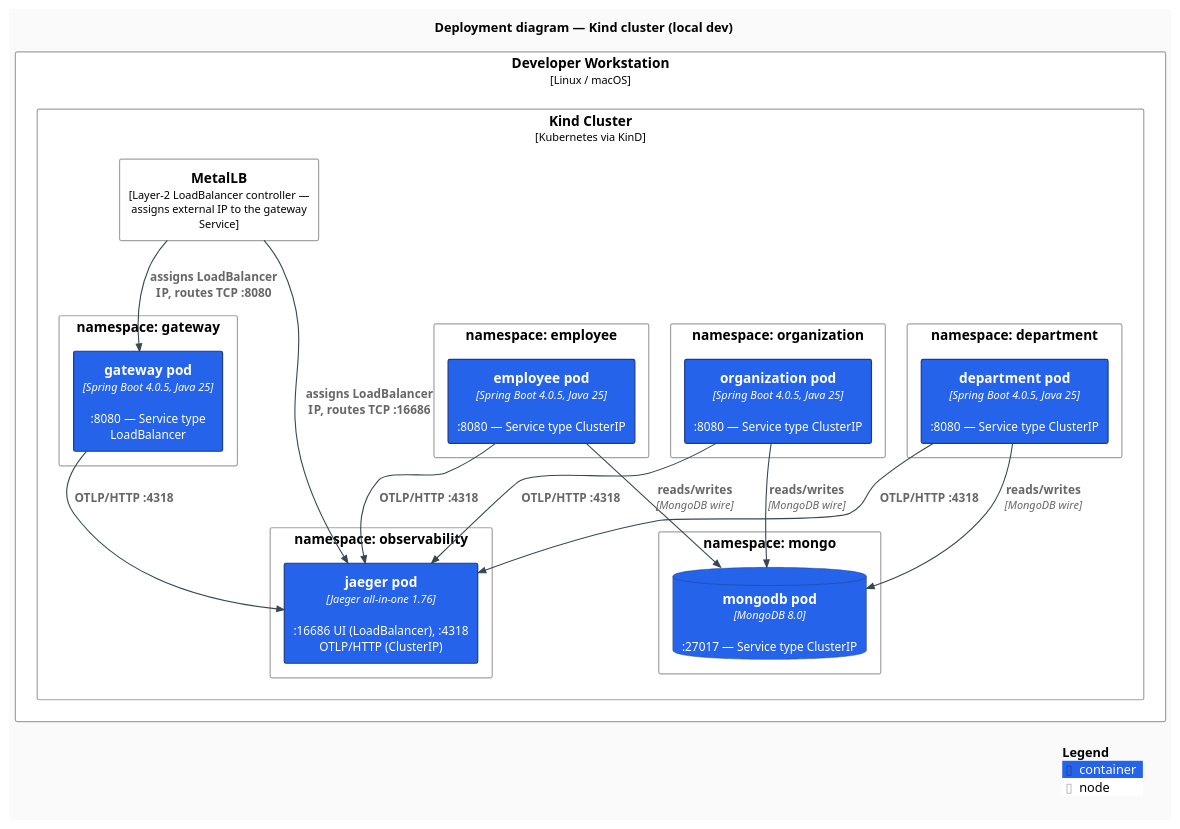
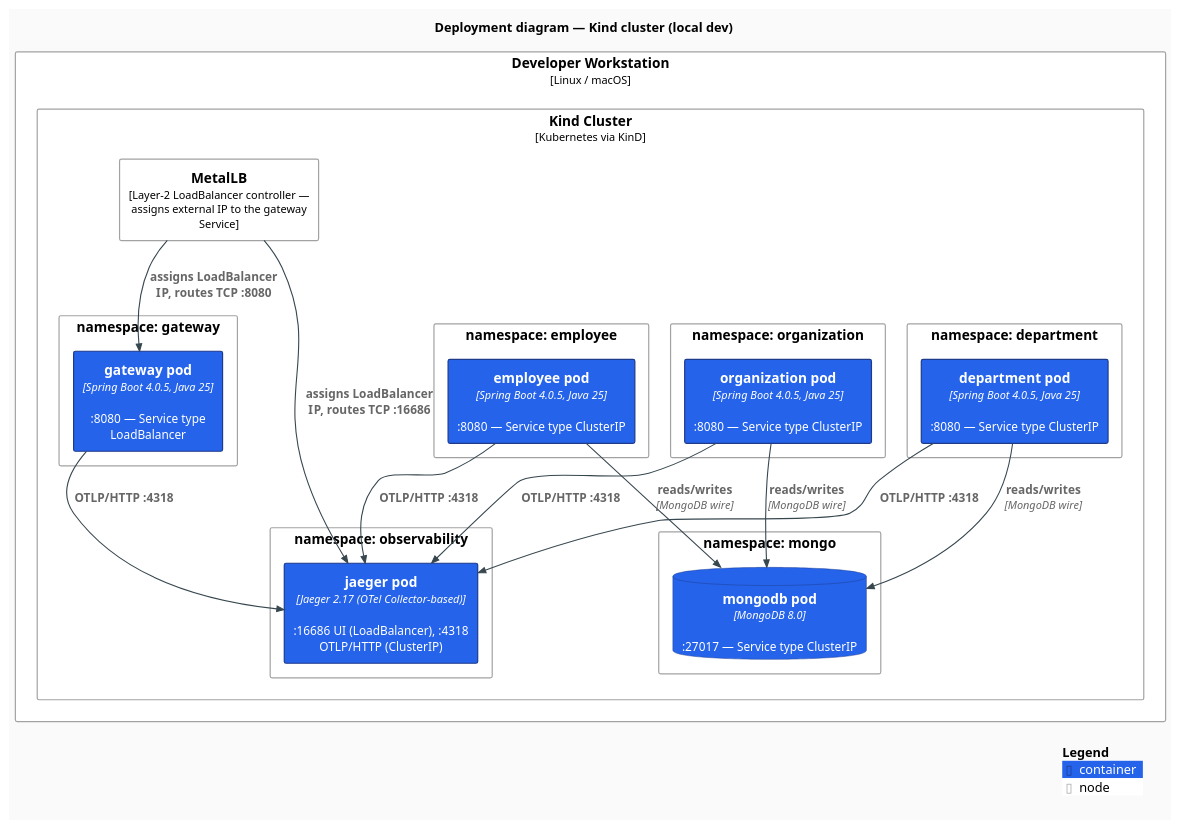
One commit to AndriyKalashnykov/spring-microservices-k8s changed the diagram in docs/diagrams/c4-deployment.puml. Above: the diagram before and after it, drawn with PlantUML. The commit also changed 9 other files, not shown here.

```diff
--- a/docs/diagrams/c4-deployment.puml
+++ b/docs/diagrams/c4-deployment.puml
@@ -1,58 +1,58 @@
 @startuml c4-deployment
 !include https://raw.githubusercontent.com/plantuml-stdlib/C4-PlantUML/v2.11.0/C4_Deployment.puml
 
 ' Modern flat styling: no shadows, sharper corners, clean sans-serif, modern palette.
 skinparam backgroundColor #FAFAFA
 skinparam shadowing false
 skinparam roundCorner 4
 skinparam defaultFontName "Inter, Helvetica, Arial, sans-serif"
 skinparam defaultFontSize 13
 skinparam ArrowColor #37474F
 skinparam ArrowThickness 1.2
 skinparam rectangleBorderThickness 1.3
 
 UpdateElementStyle("container",   $fontColor="#FFFFFF", $bgColor="#2563EB", $borderColor="#1E3A8A")
 UpdateElementStyle("container_db",$fontColor="#FFFFFF", $bgColor="#7C3AED", $borderColor="#4C1D95")
 UpdateBoundaryStyle($bgColor="#F1F5F9", $borderColor="#94A3B8", $fontColor="#1E293B")
 
 title Deployment diagram — Kind cluster (local dev)
 
 Deployment_Node(host, "Developer Workstation", "Linux / macOS") {
     Deployment_Node(kind, "Kind Cluster", "Kubernetes via KinD") {
 
         Deployment_Node(metallb, "MetalLB", "Layer-2 LoadBalancer controller — assigns external IP to the gateway Service")
 
         Deployment_Node(ns_gw, "namespace: gateway") {
             Container(gateway_pod, "gateway pod", "Spring Boot 4.0.5, Java 25", ":8080 — Service type LoadBalancer")
         }
         Deployment_Node(ns_emp, "namespace: employee") {
             Container(employee_pod, "employee pod", "Spring Boot 4.0.5, Java 25", ":8080 — Service type ClusterIP")
         }
         Deployment_Node(ns_dept, "namespace: department") {
             Container(department_pod, "department pod", "Spring Boot 4.0.5, Java 25", ":8080 — Service type ClusterIP")
         }
         Deployment_Node(ns_org, "namespace: organization") {
             Container(organization_pod, "organization pod", "Spring Boot 4.0.5, Java 25", ":8080 — Service type ClusterIP")
         }
         Deployment_Node(ns_mongo, "namespace: mongo") {
             ContainerDb(mongo_pod, "mongodb pod", "MongoDB 8.0", ":27017 — Service type ClusterIP")
         }
         Deployment_Node(ns_obs, "namespace: observability") {
-            Container(jaeger_pod, "jaeger pod", "Jaeger all-in-one 1.76", ":16686 UI (LoadBalancer), :4318 OTLP/HTTP (ClusterIP)")
+            Container(jaeger_pod, "jaeger pod", "Jaeger 2.17 (OTel Collector-based)", ":16686 UI (LoadBalancer), :4318 OTLP/HTTP (ClusterIP)")
         }
     }
 }
 
 Rel(metallb,  gateway_pod, "assigns LoadBalancer IP, routes TCP :8080")
 Rel(metallb,  jaeger_pod,  "assigns LoadBalancer IP, routes TCP :16686")
 Rel_D(employee_pod,     mongo_pod, "reads/writes", "MongoDB wire")
 Rel_D(department_pod,   mongo_pod, "reads/writes", "MongoDB wire")
 Rel_D(organization_pod, mongo_pod, "reads/writes", "MongoDB wire")
 
 Rel(gateway_pod,      jaeger_pod, "OTLP/HTTP :4318")
 Rel(employee_pod,     jaeger_pod, "OTLP/HTTP :4318")
 Rel(department_pod,   jaeger_pod, "OTLP/HTTP :4318")
 Rel(organization_pod, jaeger_pod, "OTLP/HTTP :4318")
 
 SHOW_LEGEND()
 @enduml
```
